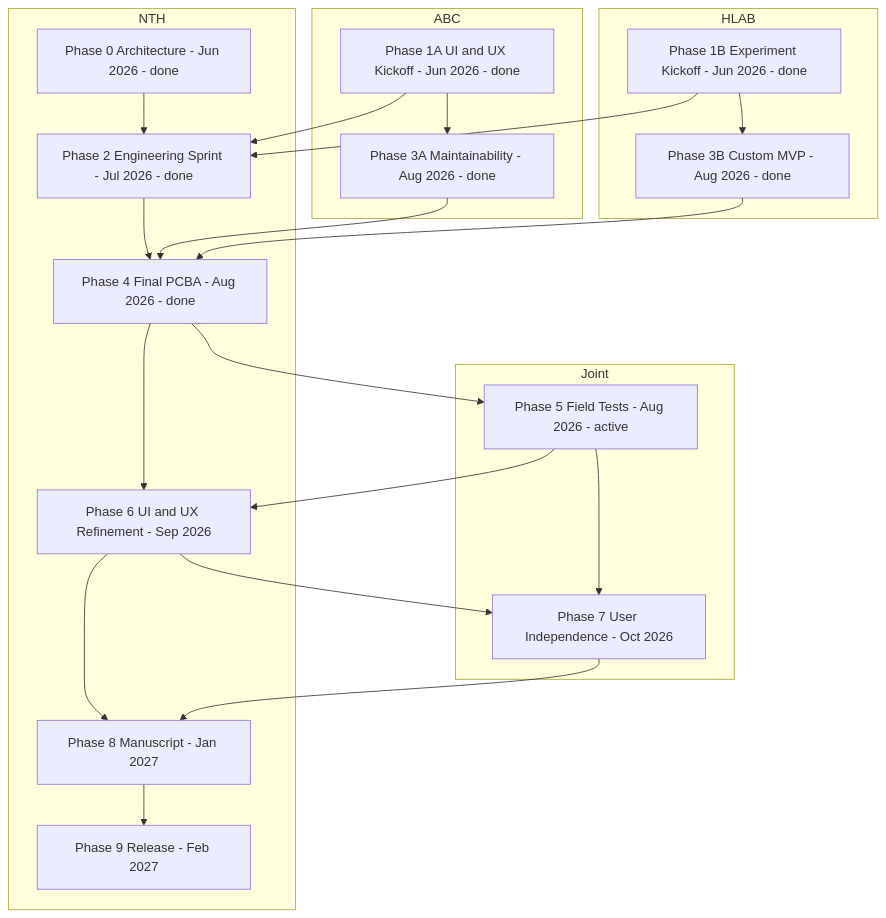
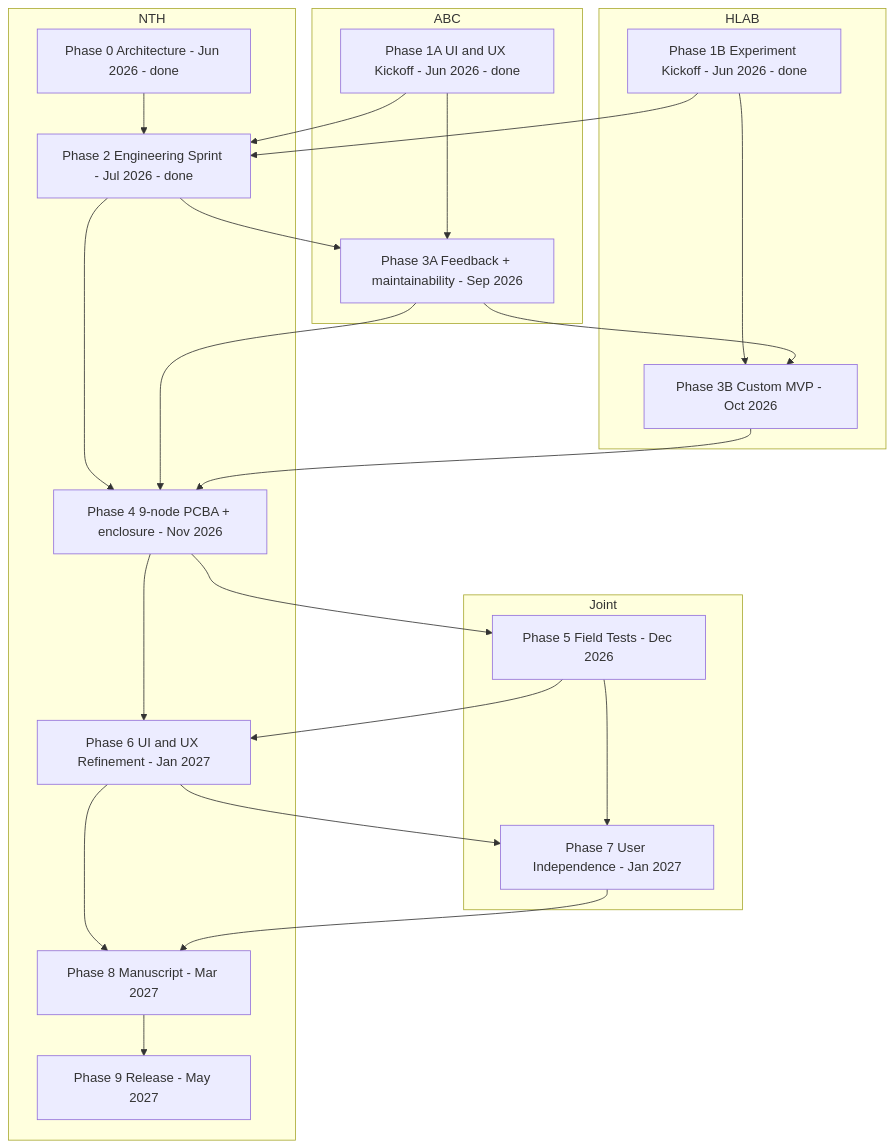
The second of 2 diagrams in PROJECT.md (Neurotech-Hub/SpatialForagingPlatform-ProjectManager), drawn with Mermaid before and after one commit. The commit also changed other lines of this file and 13 other files, not shown here.

````diff
--- a/PROJECT.md
+++ b/PROJECT.md
@@ -42,39 +96,41 @@
 ```mermaid
 flowchart TB
   subgraph nth [NTH]
     p0["Phase 0 Architecture - Jun 2026 - done"]
     p2["Phase 2 Engineering Sprint - Jul 2026 - done"]
-    p4["Phase 4 Final PCBA - Aug 2026 - done"]
-    p6["Phase 6 UI and UX Refinement - Sep 2026"]
-    p8["Phase 8 Manuscript - Jan 2027"]
-    p9["Phase 9 Release - Feb 2027"]
+    p4["Phase 4 9-node PCBA + enclosure - Nov 2026"]
+    p6["Phase 6 UI and UX Refinement - Jan 2027"]
+    p8["Phase 8 Manuscript - Mar 2027"]
+    p9["Phase 9 Release - May 2027"]
     p0 --> p2 --> p4 --> p6 --> p8 --> p9
   end
 
   subgraph abc [ABC]
     p1a["Phase 1A UI and UX Kickoff - Jun 2026 - done"]
-    p3a["Phase 3A Maintainability - Aug 2026 - done"]
+    p3a["Phase 3A Feedback + maintainability - Sep 2026"]
     p1a --> p3a
   end
 
   subgraph hlab [HLAB]
     p1b["Phase 1B Experiment Kickoff - Jun 2026 - done"]
-    p3b["Phase 3B Custom MVP - Aug 2026 - done"]
+    p3b["Phase 3B Custom MVP - Oct 2026"]
     p1b --> p3b
   end
 
   subgraph joint [Joint]
-    p5["Phase 5 Field Tests - Aug 2026 - active"]
-    p7["Phase 7 User Independence - Oct 2026"]
+    p5["Phase 5 Field Tests - Dec 2026"]
+    p7["Phase 7 User Independence - Jan 2027"]
     p5 --> p7
   end
 
   p1a --> p2
   p1b --> p2
+  p2 --> p3a
+  p3a --> p3b
   p3a --> p4
   p3b --> p4
   p4 --> p5
   p5 --> p6
   p6 --> p7
   p7 --> p8
 ```
````
